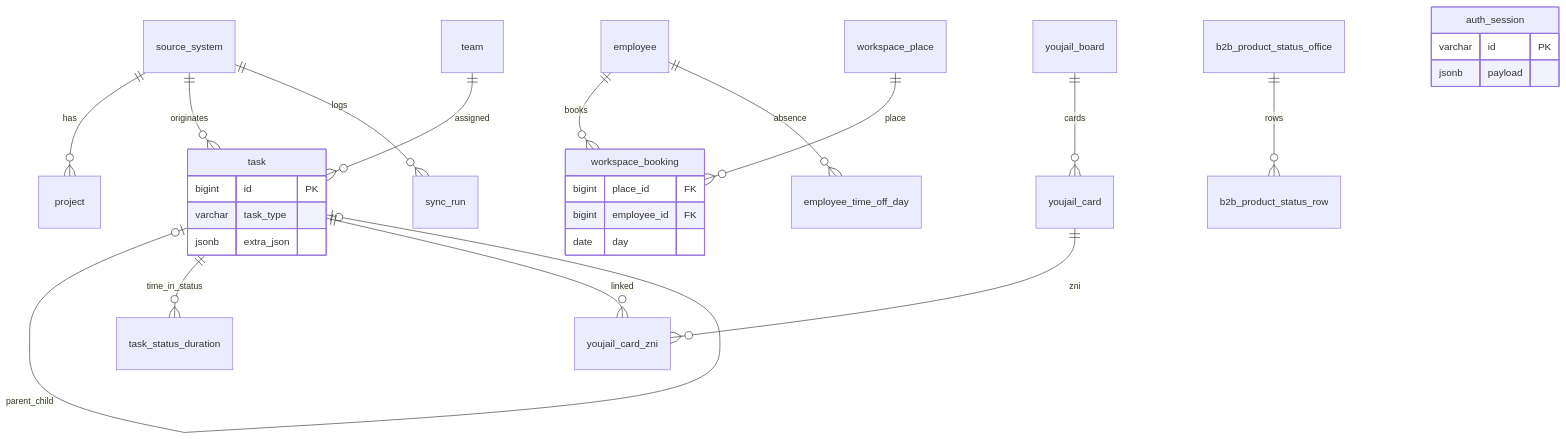
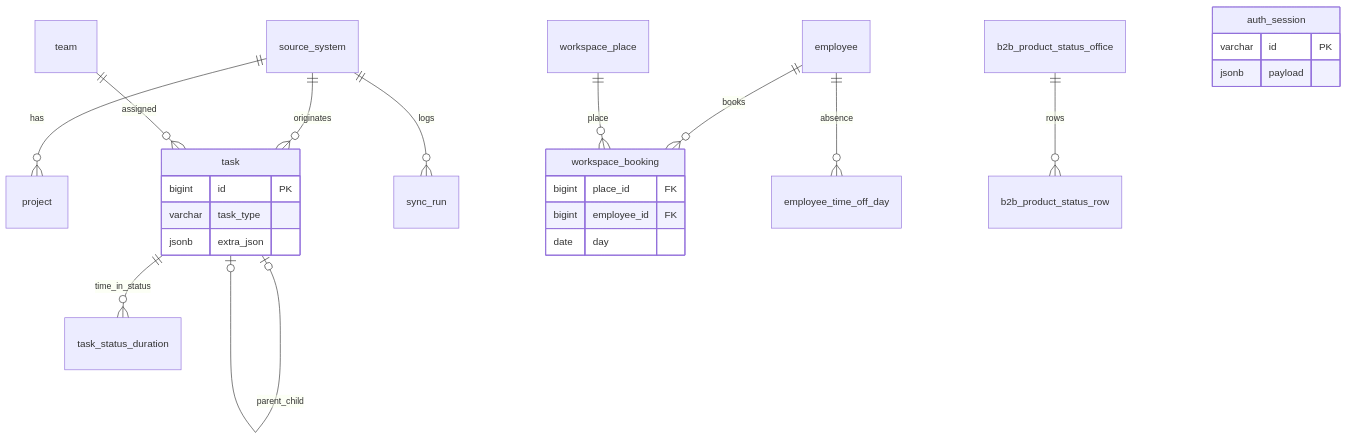
One commit to volchonok16/reporting changed the first of 4 diagrams in docs/uml-diagram.md. Above: the diagram before and after it, drawn with Mermaid. The commit also changed other lines of this file and 583 other files, not shown here.

````diff
--- a/docs/uml-diagram.md
+++ b/docs/uml-diagram.md
@@ -7,34 +7,31 @@
 ```mermaid
 erDiagram
     source_system ||--o{ project : has
     source_system ||--o{ task : originates
     source_system ||--o{ sync_run : logs
     team ||--o{ task : assigned
     task |o--o| task : parent_child
     task ||--o{ task_status_duration : time_in_status
-    task ||--o{ youjail_card_zni : linked
 
     employee ||--o{ workspace_booking : books
     workspace_place ||--o{ workspace_booking : place
     employee ||--o{ employee_time_off_day : absence
-    youjail_board ||--o{ youjail_card : cards
-    youjail_card ||--o{ youjail_card_zni : zni
     b2b_product_status_office ||--o{ b2b_product_status_row : rows
 
     auth_session {
         varchar id PK
         jsonb payload
     }
 
     task {
         bigint id PK
         varchar task_type
         jsonb extra_json
     }
 
     workspace_booking {
         bigint place_id FK
         bigint employee_id FK
         date day
     }
 ```
````
